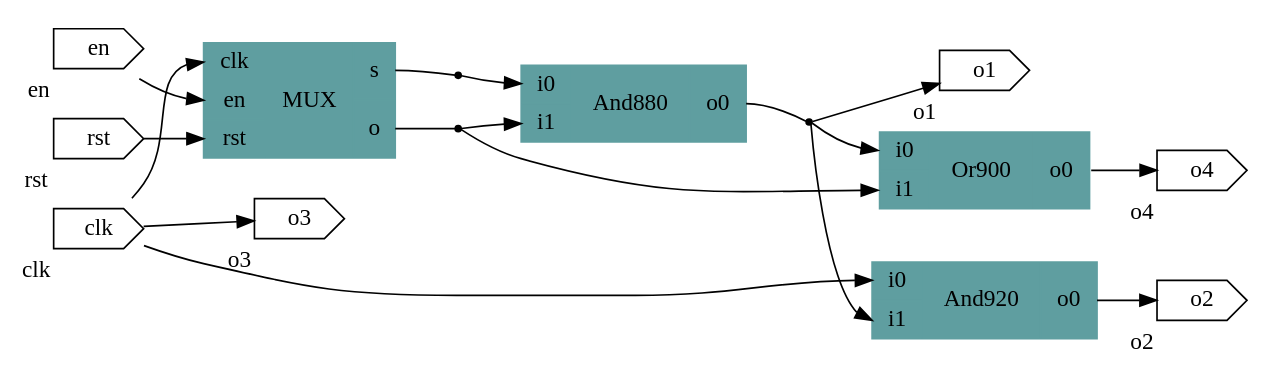
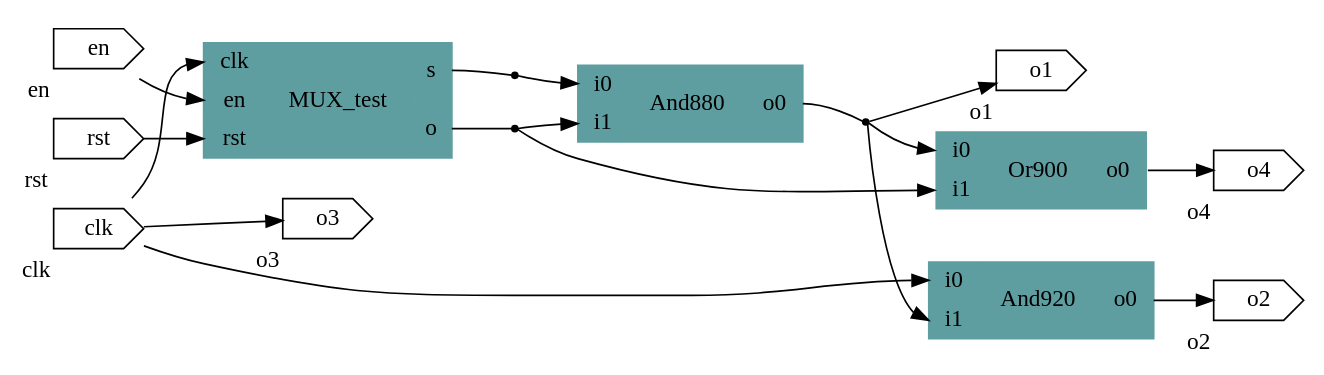
One commit to Quentin-Tual/Netenos changed the diagram in test2.dot. Above: the diagram before and after it, drawn with Graphviz. The commit also changed 14 other files, not shown here.

```diff
--- a/test2.dot
+++ b/test2.dot
@@ -1,34 +1,34 @@
 # Test
 digraph test2 {
   graph [rankdir = LR];
-  MUX[shape=record; style=filled;color=cadetblue; label="{{<clk>clk|<en>en|<rst>rst}| MUX |{<s>s|<o>o}}"]
+  MUX_test[shape=record; style=filled;color=cadetblue; label="{{<clk>clk|<en>en|<rst>rst}| MUX_test |{<s>s|<o>o}}"]
   And880[shape=record; style=filled;color=cadetblue; label="{{<i0>i0|<i1>i1}| And880 |{<o0>o0}}"]
   Or900[shape=record; style=filled;color=cadetblue; label="{{<i0>i0|<i1>i1}| Or900 |{<o0>o0}}"]
   And920[shape=record; style=filled;color=cadetblue; label="{{<i0>i0|<i1>i1}| And920 |{<o0>o0}}"]
   clk[shape=cds,xlabel="clk"]
   en[shape=cds,xlabel="en"]
   rst[shape=cds,xlabel="rst"]
   o1[shape=cds,xlabel="o1"]
   o2[shape=cds,xlabel="o2"]
   o3[shape=cds,xlabel="o3"]
   o4[shape=cds,xlabel="o4"]
-  clk -> MUX:clk;
+  clk -> MUX_test:clk;
   clk -> o3;
   clk -> And920:i0;
-  en -> MUX:en;
-  rst -> MUX:rst;
+  en -> MUX_test:en;
+  rst -> MUX_test:rst;
   s0[shape=point];
-  MUX:s -> s0[arrowhead=none]
+  MUX_test:s -> s0[arrowhead=none]
   s0 -> And880:i0;
   s1[shape=point];
-  MUX:o -> s1[arrowhead=none]
+  MUX_test:o -> s1[arrowhead=none]
   s1 -> And880:i1;
   s1 -> Or900:i1;
   s3[shape=point];
   And880:o0 -> s3[arrowhead=none]
   s3 -> o1;
   s3 -> Or900:i0;
   s3 -> And920:i1;
   Or900:o0 -> o4;
   And920:o0 -> o2;
 }
```
